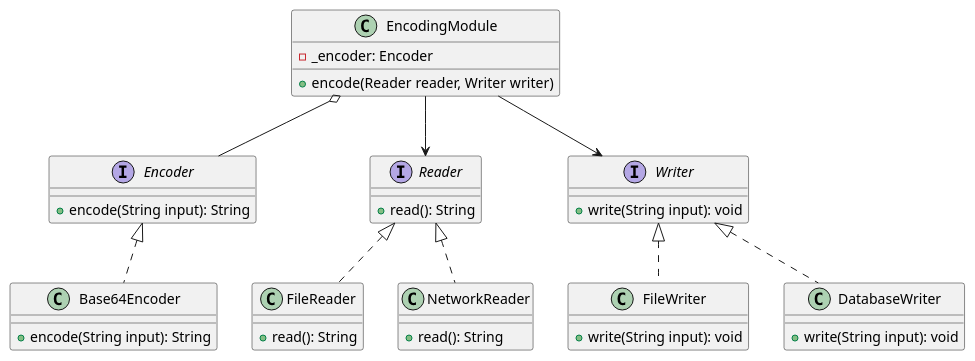
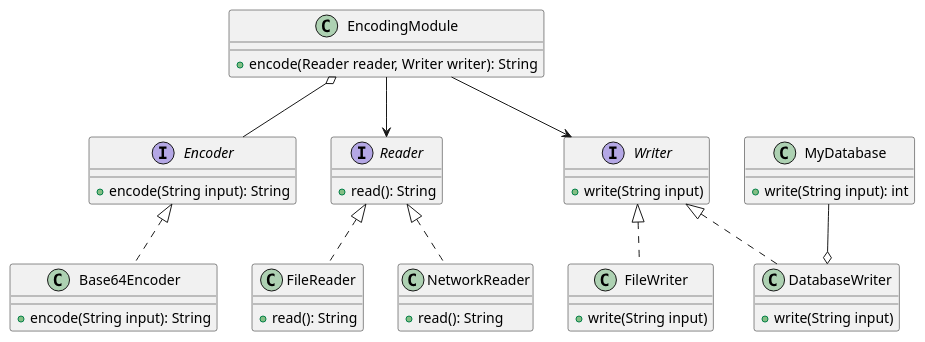
Before and after one commit to MedAzizKhayati/SOLID: the diagram in DIP/src/com/directi/training/dip/exercise_refactored/uml.wsd, drawn with PlantUML. The commit also changed 12 other files, not shown here.

```diff
--- a/DIP/src/com/directi/training/dip/exercise_refactored/uml.wsd
+++ b/DIP/src/com/directi/training/dip/exercise_refactored/uml.wsd
@@ -1,44 +1,48 @@
 @startuml DIP
 
 interface Encoder {
     +encode(String input): String
 }
 
 class Base64Encoder implements Encoder {
     +encode(String input): String
 }
 
 interface Reader {
     +read(): String
 }
 
 interface Writer {
-    +write(String input): void
+    +write(String input)
 }
 
 class FileReader implements Reader {
     +read(): String
 }
 
 class NetworkReader implements Reader {
     +read(): String
 }
 
 class FileWriter implements Writer {
-    +write(String input): void
+    +write(String input)
 }
 
 class DatabaseWriter implements Writer {
-    +write(String input): void
+    +write(String input)
 }
 
 class EncodingModule {
-    -_encoder: Encoder
-    +encode(Reader reader, Writer writer)
+    +encode(Reader reader, Writer writer): String
+}
+
+class MyDatabase {
+    +write(String input): int
 }
 
 EncodingModule o-- Encoder
 EncodingModule --> Reader
 EncodingModule --> Writer
+MyDatabase --o DatabaseWriter
 
 @enduml
```
